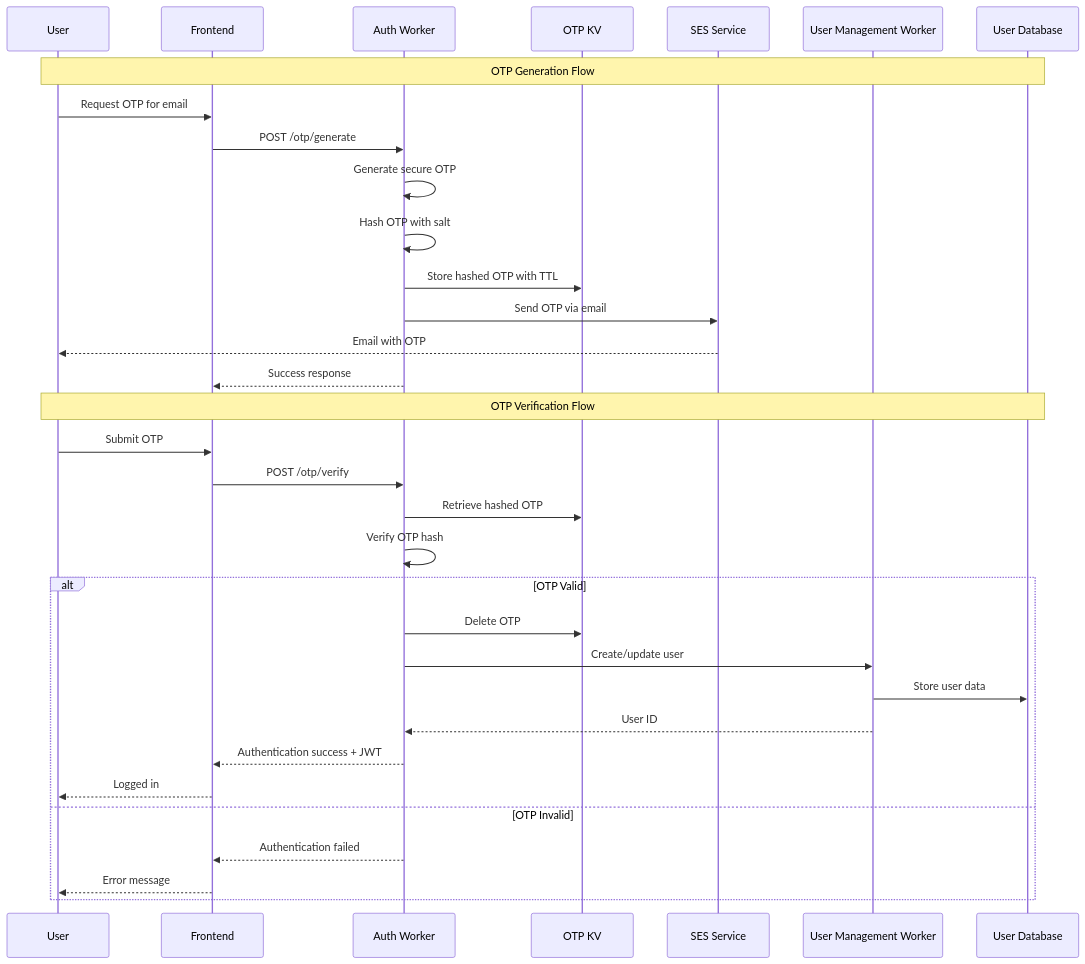
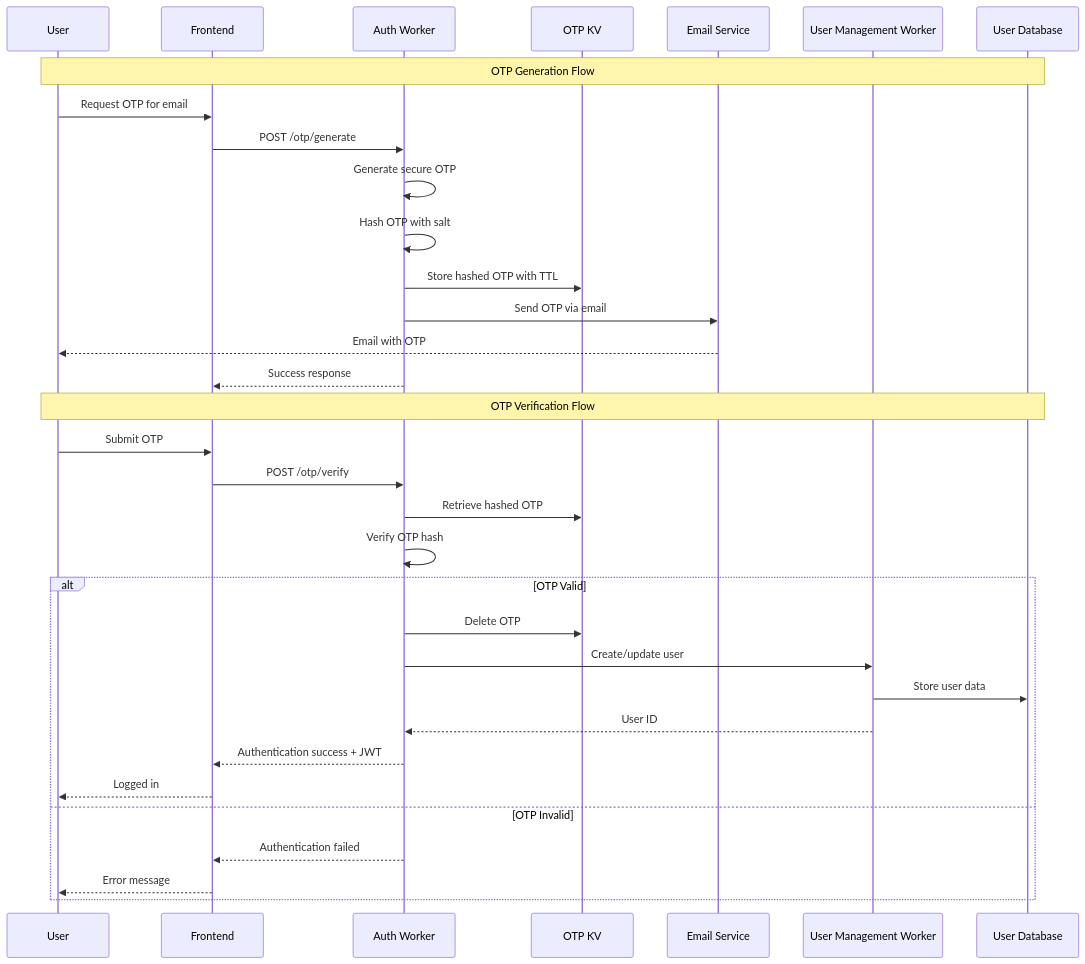
The second of 6 diagrams in auth-worker/ARCHITECTURE.md (NolanFoster/seasoned-app), drawn with Mermaid before and after one commit. The commit also changed other lines of this file and 20 other files, not shown here.

````diff
--- a/auth-worker/ARCHITECTURE.md
+++ b/auth-worker/ARCHITECTURE.md
@@ -49,37 +49,37 @@
 ```mermaid
 sequenceDiagram
     participant U as User
     participant F as Frontend
     participant A as Auth Worker
     participant K as OTP KV
-    participant S as SES Service
+    participant S as Email Service
     participant UMW as User Management Worker
     participant DB as User Database
     
     Note over U,DB: OTP Generation Flow
     U->>F: Request OTP for email
     F->>A: POST /otp/generate
     A->>A: Generate secure OTP
     A->>A: Hash OTP with salt
     A->>K: Store hashed OTP with TTL
     A->>S: Send OTP via email
     S-->>U: Email with OTP
     A-->>F: Success response
     
     Note over U,DB: OTP Verification Flow
     U->>F: Submit OTP
     F->>A: POST /otp/verify
     A->>K: Retrieve hashed OTP
     A->>A: Verify OTP hash
     alt OTP Valid
         A->>K: Delete OTP
         A->>UMW: Create/update user
         UMW->>DB: Store user data
         UMW-->>A: User ID
         A-->>F: Authentication success + JWT
         F-->>U: Logged in
     else OTP Invalid
         A-->>F: Authentication failed
         F-->>U: Error message
     end
 ```
````
